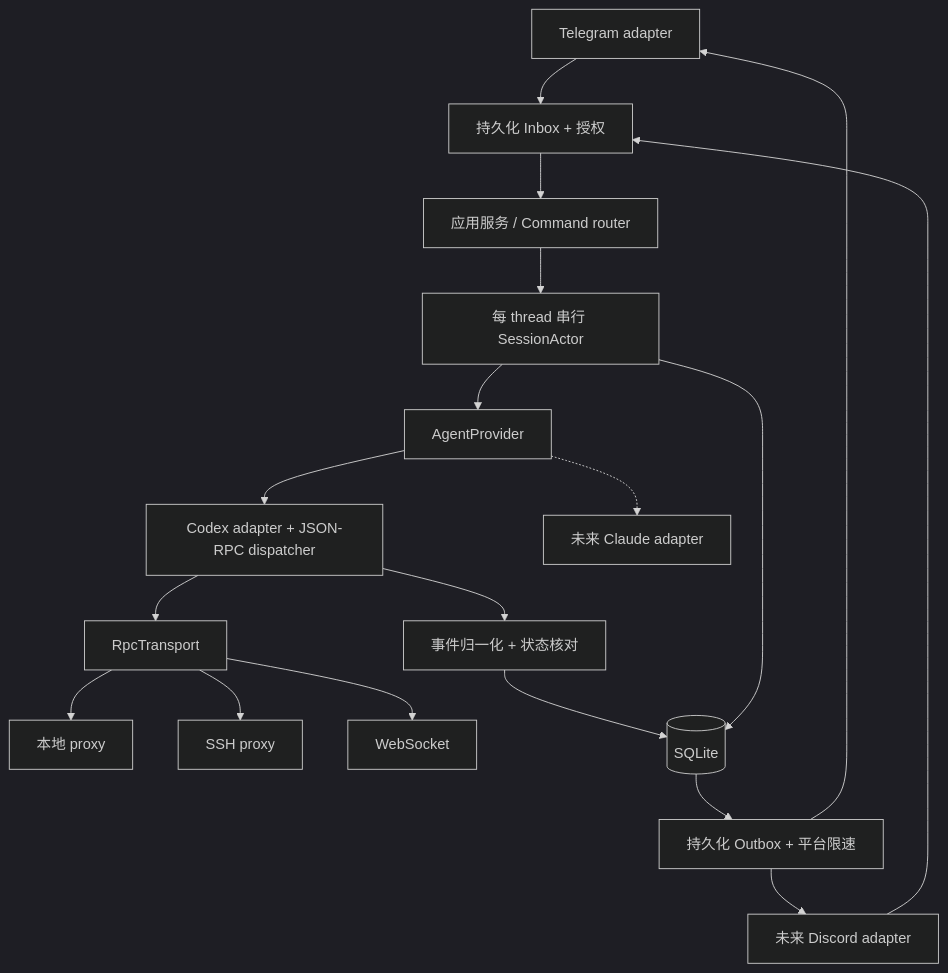
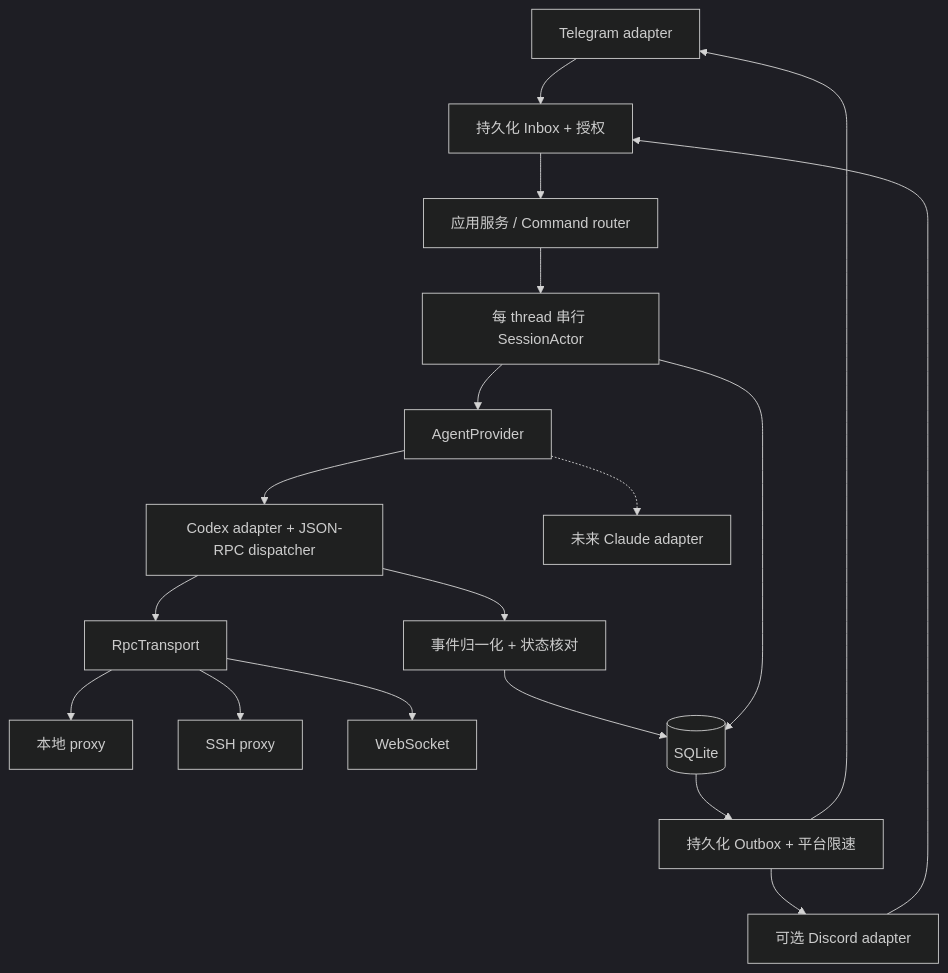
One commit to iondex/PocketPilot changed the first of 2 diagrams in docs/design/architecture.md. Above: the diagram before and after it, drawn with Mermaid (dark theme). The commit also changed other lines of this file and 53 other files, not shown here.

````diff
--- a/docs/design/architecture.md
+++ b/docs/design/architecture.md
@@ -17,20 +17,20 @@
 ```mermaid
 flowchart TB
   T[Telegram adapter] --> I[持久化 Inbox + 授权]
-  D[未来 Discord adapter] --> I
+  D[可选 Discord adapter] --> I
   I --> C[应用服务 / Command router]
   C --> A[每 thread 串行 SessionActor]
   A --> P[AgentProvider]
   P --> X[Codex adapter + JSON-RPC dispatcher]
   P -.-> CL[未来 Claude adapter]
   X --> R[RpcTransport]
   R --> L[本地 proxy]
   R --> S[SSH proxy]
   R --> W[WebSocket]
   X --> E[事件归一化 + 状态核对]
   E --> DB[(SQLite)]
   DB --> O[持久化 Outbox + 平台限速]
   O --> T
   O --> D
   A --> DB
 ```
````
